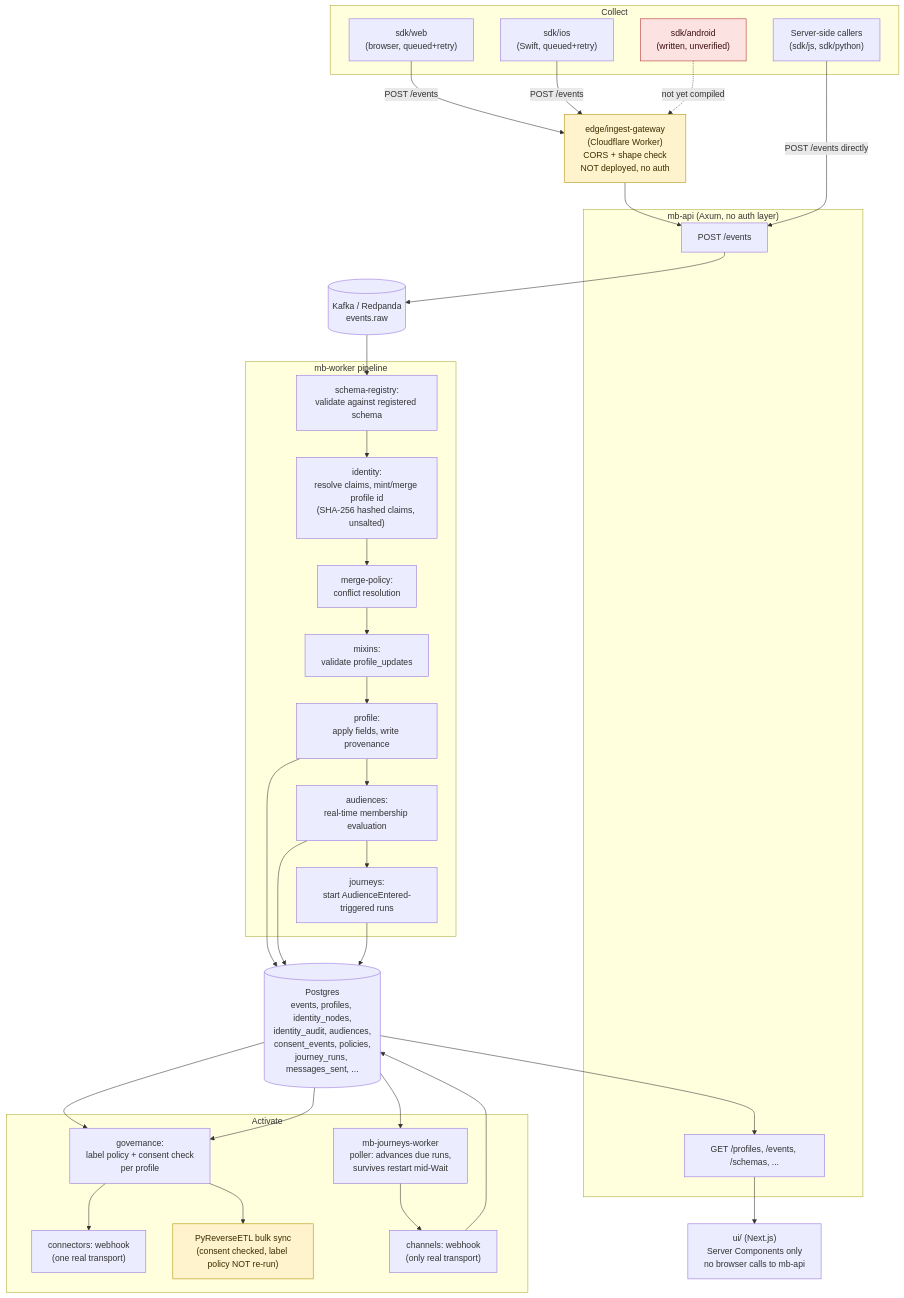
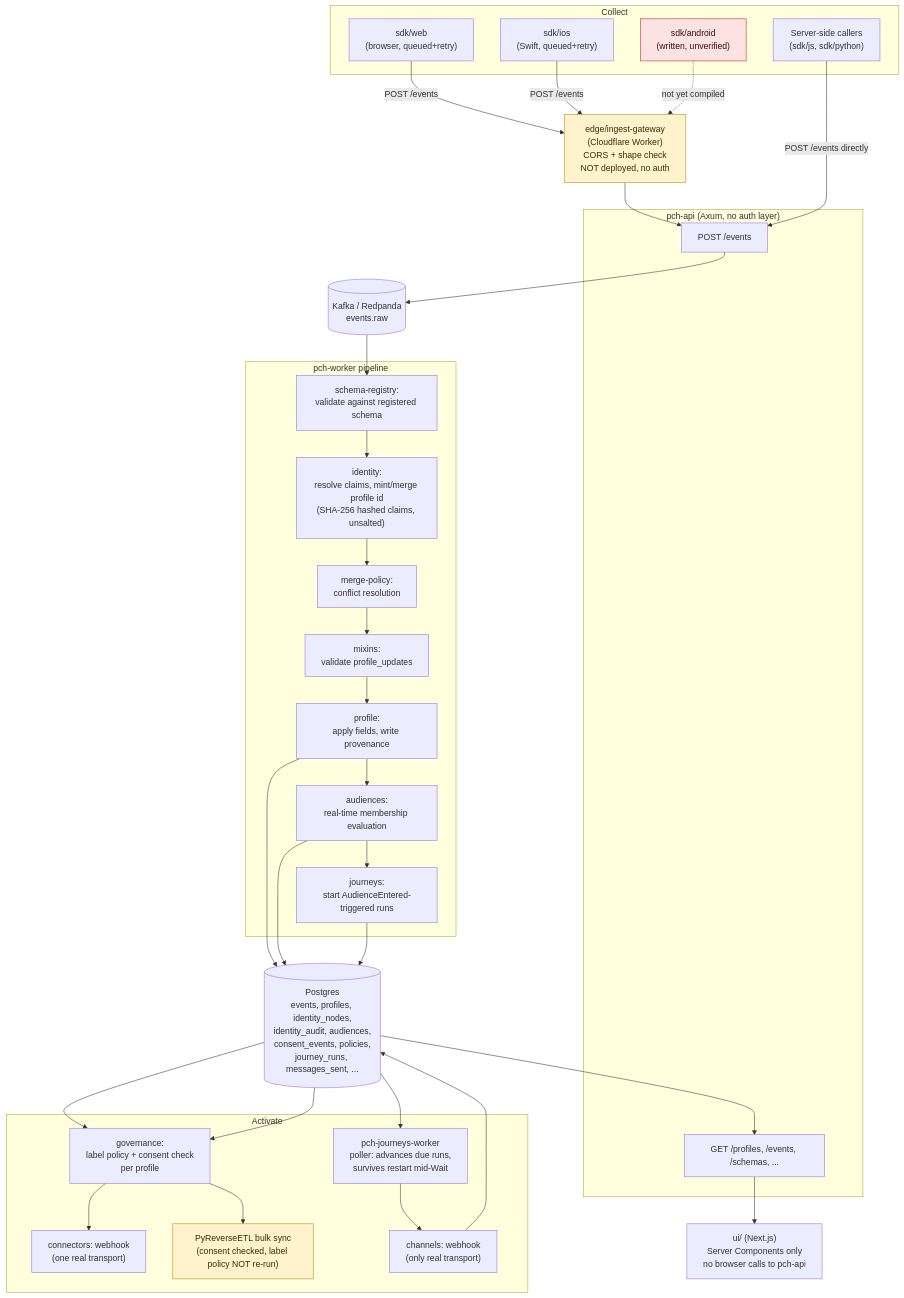
The first of 2 diagrams in docs/architecture/README.md (Mullassery/MessageBirds), drawn with Mermaid before and after one commit. The commit also changed other lines of this file and 152 other files, not shown here.

````diff
--- a/docs/architecture/README.md
+++ b/docs/architecture/README.md
@@ -12,65 +12,65 @@
 ```mermaid
 flowchart TD
     subgraph Collect
         WebSDK["sdk/web<br/>(browser, queued+retry)"]
         IosSDK["sdk/ios<br/>(Swift, queued+retry)"]
         AndroidSDK["sdk/android<br/>(written, unverified)"]
         ServerCaller["Server-side callers<br/>(sdk/js, sdk/python)"]
     end
 
     Gateway["edge/ingest-gateway<br/>(Cloudflare Worker)<br/>CORS + shape check<br/>NOT deployed, no auth"]
 
-    subgraph mb-api ["mb-api (Axum, no auth layer)"]
+    subgraph pch-api ["pch-api (Axum, no auth layer)"]
         PostEvents["POST /events"]
         QueryEP["GET /profiles, /events, /schemas, ..."]
     end
 
     Kafka[("Kafka / Redpanda<br/>events.raw")]
 
-    subgraph mb-worker ["mb-worker pipeline"]
+    subgraph pch-worker ["pch-worker pipeline"]
         SchemaVal["schema-registry:<br/>validate against registered schema"]
         Identity["identity:<br/>resolve claims, mint/merge profile id<br/>(SHA-256 hashed claims, unsalted)"]
         MergePolicy["merge-policy:<br/>conflict resolution"]
         MixinVal["mixins:<br/>validate profile_updates"]
         ProfileProj["profile:<br/>apply fields, write provenance"]
         AudienceEval["audiences:<br/>real-time membership evaluation"]
         JourneyTrigger["journeys:<br/>start AudienceEntered-triggered runs"]
     end
 
     Postgres[("Postgres<br/>events, profiles, identity_nodes,<br/>identity_audit, audiences,<br/>consent_events, policies,<br/>journey_runs, messages_sent, ...")]
 
     subgraph Activate
         Governance["governance:<br/>label policy + consent check<br/>per profile"]
         Webhook["connectors: webhook<br/>(one real transport)"]
         ReverseETL["PyReverseETL bulk sync<br/>(consent checked, label policy NOT re-run)"]
-        JourneyWorker["mb-journeys-worker<br/>poller: advances due runs,<br/>survives restart mid-Wait"]
+        JourneyWorker["pch-journeys-worker<br/>poller: advances due runs,<br/>survives restart mid-Wait"]
         Channel["channels: webhook<br/>(only real transport)"]
     end
 
-    UI["ui/ (Next.js)<br/>Server Components only<br/>no browser calls to mb-api"]
+    UI["ui/ (Next.js)<br/>Server Components only<br/>no browser calls to pch-api"]
 
     WebSDK -->|POST /events| Gateway
     IosSDK -->|POST /events| Gateway
     AndroidSDK -.->|not yet compiled| Gateway
     Gateway --> PostEvents
     ServerCaller -->|POST /events directly| PostEvents
 
     PostEvents --> Kafka
     Kafka --> SchemaVal --> Identity --> MergePolicy --> MixinVal --> ProfileProj
     ProfileProj --> Postgres
     ProfileProj --> AudienceEval --> Postgres
     AudienceEval --> JourneyTrigger --> Postgres
 
     Postgres --> Governance --> Webhook
     Postgres --> Governance --> ReverseETL
     Postgres --> JourneyWorker --> Channel
     Channel --> Postgres
 
     Postgres --> QueryEP --> UI
 
     classDef gap fill:#fff3cd,stroke:#b08c00,color:#3a2e00;
     classDef unverified fill:#fde2e2,stroke:#b02a2a,color:#3a0d0d;
     class Gateway gap;
     class AndroidSDK unverified;
     class ReverseETL gap;
 ```
````
